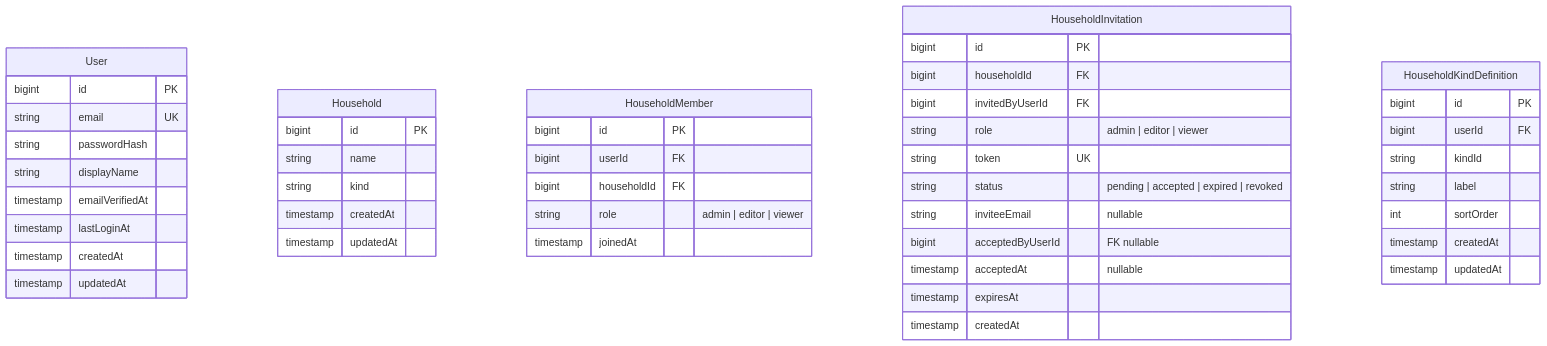
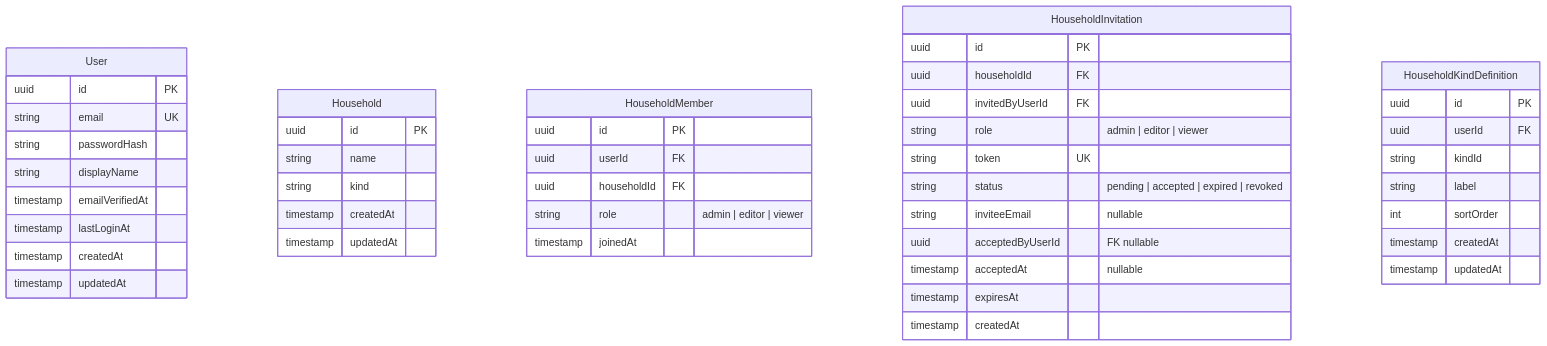
Before and after one commit to wukdddang/home-inventory-manager: the second of 7 diagrams in docs/design/v2/entity-logical-design.md, drawn with Mermaid. The commit also changed other lines of this file and 2 other files, not shown here.

First line of the commit message:
docs: 논리적 설계 PK/FK bigint→uuid 일괄 수정 및 인프라 문서 갱신

````diff
--- a/docs/design/v2/entity-logical-design.md
+++ b/docs/design/v2/entity-logical-design.md
@@ -107,49 +107,49 @@
 ```mermaid
 erDiagram
     User {
-        bigint id PK
+        uuid id PK
         string email UK
         string passwordHash
         string displayName
         timestamp emailVerifiedAt
         timestamp lastLoginAt
         timestamp createdAt
         timestamp updatedAt
     }
     Household {
-        bigint id PK
+        uuid id PK
         string name
         string kind
         timestamp createdAt
         timestamp updatedAt
     }
     HouseholdMember {
-        bigint id PK
-        bigint userId FK
-        bigint householdId FK
+        uuid id PK
+        uuid userId FK
+        uuid householdId FK
         string role "admin | editor | viewer"
         timestamp joinedAt
     }
     HouseholdInvitation {
-        bigint id PK
-        bigint householdId FK
-        bigint invitedByUserId FK
+        uuid id PK
+        uuid householdId FK
+        uuid invitedByUserId FK
         string role "admin | editor | viewer"
         string token UK
         string status "pending | accepted | expired | revoked"
         string inviteeEmail "nullable"
-        bigint acceptedByUserId "FK nullable"
+        uuid acceptedByUserId "FK nullable"
         timestamp acceptedAt "nullable"
         timestamp expiresAt
         timestamp createdAt
     }
     HouseholdKindDefinition {
-        bigint id PK
-        bigint userId FK
+        uuid id PK
+        uuid userId FK
         string kindId
         string label
         int sortOrder
         timestamp createdAt
         timestamp updatedAt
     }
 ```
````
